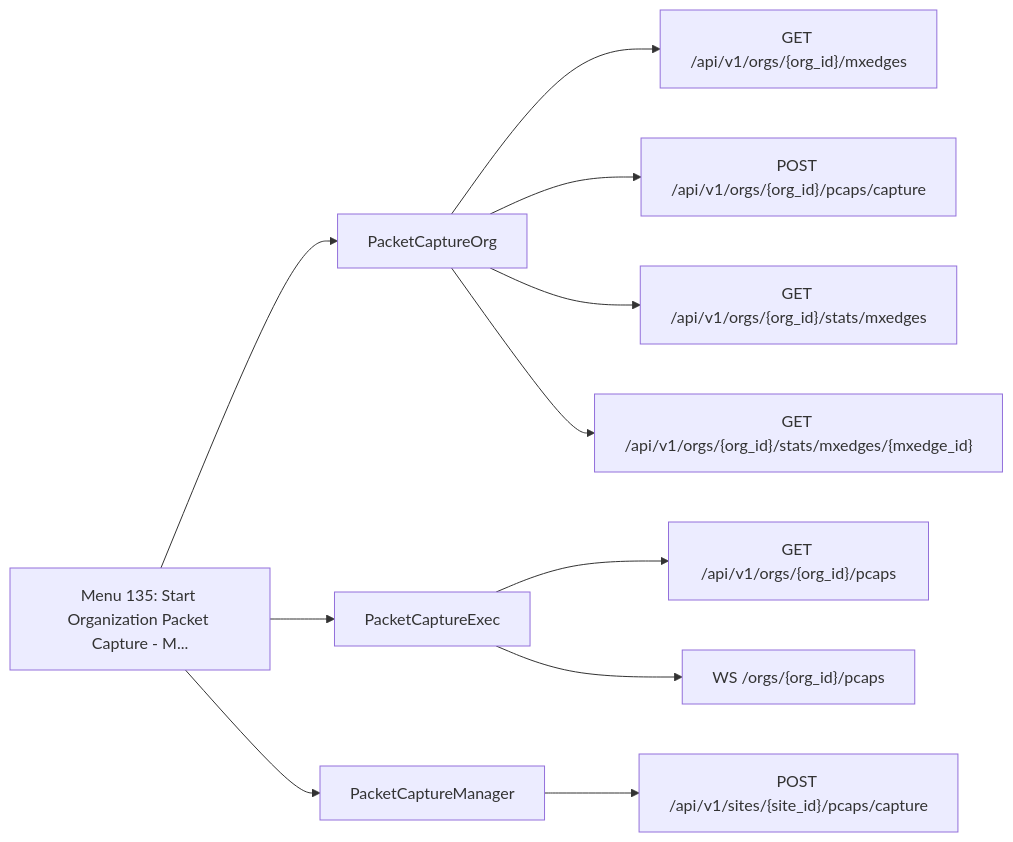
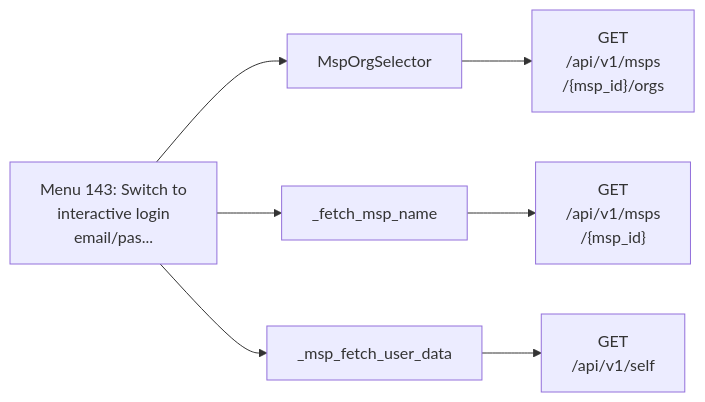
Diagram 11 of 18 in documentation/menu-api/interactive.md (jmorrison-juniper/MistHelper), drawn with Mermaid before and after one commit. The commit also changed other lines of this file and 19 other files, not shown here.

First line of the commit message:
docs(menu-api): fit the Mermaid diagrams to the wiki column (#3463)

````diff
--- a/documentation/menu-api/interactive.md
+++ b/documentation/menu-api/interactive.md
@@ -456,14 +446,10 @@
 ```mermaid
 flowchart LR
-    menu["Menu 135: Start Organization Packet Capture - M..."]
-    menu --> c1["PacketCaptureOrg"]
-    c1 --> e1["GET /api/v1/orgs/{org_id}/mxedges"]
-    c1 --> e2["POST /api/v1/orgs/{org_id}/pcaps/capture"]
-    c1 --> e3["GET /api/v1/orgs/{org_id}/stats/mxedges"]
-    c1 --> e4["GET /api/v1/orgs/{org_id}/stats/mxedges/{mxedge_id}"]
-    menu --> c2["PacketCaptureExec"]
-    c2 --> e5["GET /api/v1/orgs/{org_id}/pcaps"]
-    c2 --> e6["WS /orgs/{org_id}/pcaps"]
-    menu --> c3["PacketCaptureManager"]
-    c3 --> e7["POST /api/v1/sites/{site_id}/pcaps/capture"]
+    menu["Menu 143: Switch to<br/>interactive login<br/>email/pas..."]
+    menu --> c1["MspOrgSelector"]
+    c1 --> e1["GET<br/>/api/v1/msps<br/>/{msp_id}/orgs"]
+    menu --> c2["_fetch_msp_name"]
+    c2 --> e2["GET<br/>/api/v1/msps<br/>/{msp_id}"]
+    menu --> c3["_msp_fetch_user_data"]
+    c3 --> e3["GET<br/>/api/v1/self"]
 ```
````
